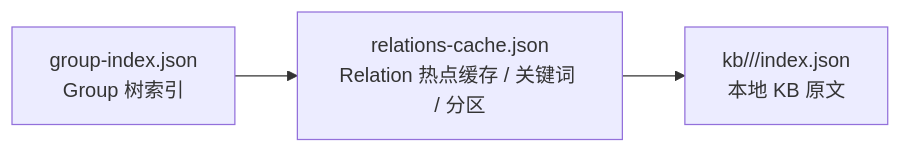
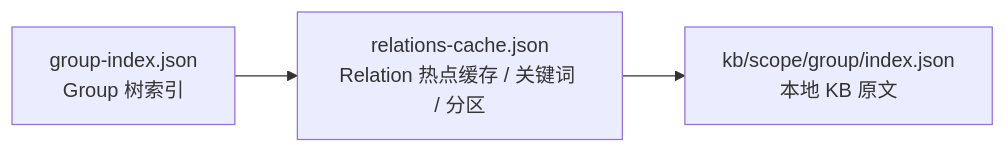
Before and after one commit to HACK-WU/memory-lancedb-mcp: the second of 4 diagrams in knowledge-index/README.md, drawn with Mermaid.

Commit message:
feat: 优化mermaid语法

````diff
--- a/knowledge-index/README.md
+++ b/knowledge-index/README.md
@@ -63,9 +63,9 @@
 ```mermaid
 flowchart LR
     GI["group-index.json<br/>Group 树索引"]
     RC["relations-cache.json<br/>Relation 热点缓存 / 关键词 / 分区"]
-    KB["kb/<scope>/<group>/index.json<br/>本地 KB 原文"]
+    KB["kb/scope/group/index.json<br/>本地 KB 原文"]
 
     GI --> RC
     RC --> KB
 ```
````
